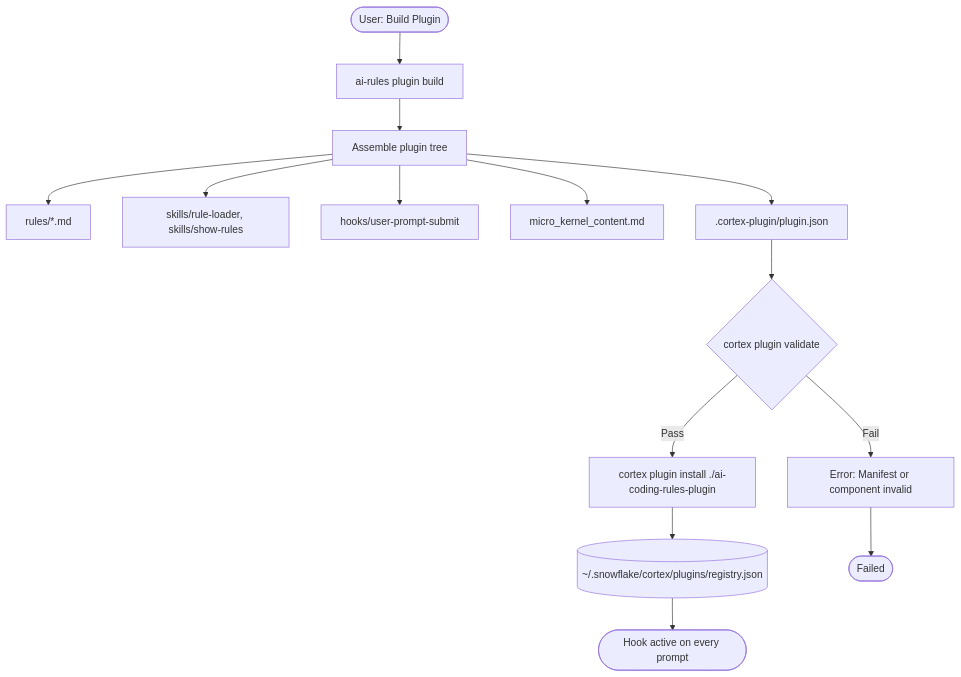
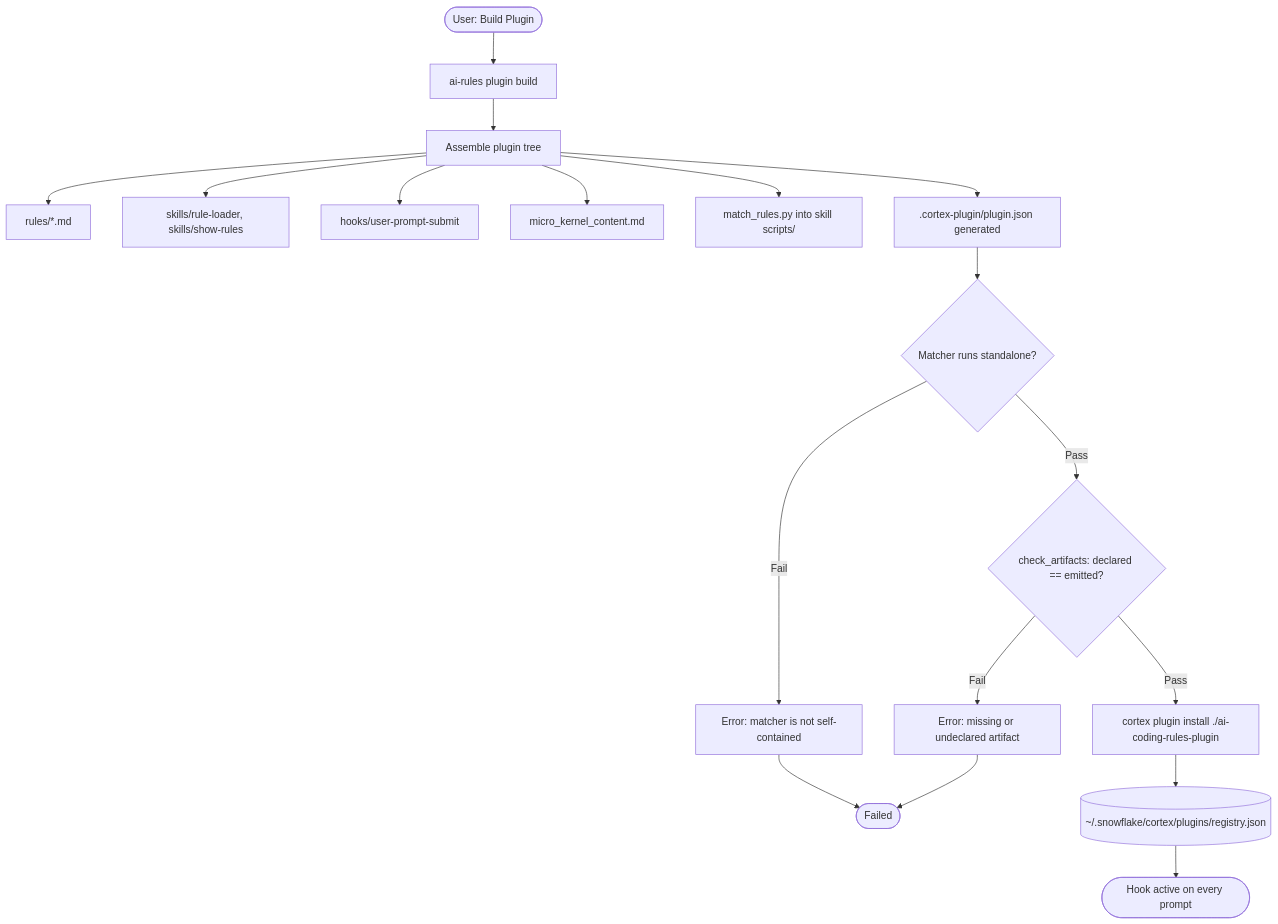
The second of 2 diagrams in docs/ARCHITECTURE.md (sfc-gh-myoung/ai_coding_rules), drawn with Mermaid before and after one commit. The commit also changed other lines of this file and 6 other files, not shown here.

````diff
--- a/docs/ARCHITECTURE.md
+++ b/docs/ARCHITECTURE.md
@@ -410,17 +468,21 @@
 ```mermaid
 flowchart TD
     Start([User: Build Plugin]) --> Command
     Command["ai-rules plugin build"] --> Assemble
     Assemble[Assemble plugin tree] --> CopyRules[rules/*.md]
     Assemble --> CopySkills[skills/rule-loader, skills/show-rules]
     Assemble --> CopyHook[hooks/user-prompt-submit]
     Assemble --> CopyKernel[micro_kernel_content.md]
-    Assemble --> Manifest[.cortex-plugin/plugin.json]
-    Manifest --> Validate{cortex plugin validate}
-    Validate -->|Fail| Error[Error: Manifest or component invalid]
-    Validate -->|Pass| Install["cortex plugin install ./ai-coding-rules-plugin"]
+    Assemble --> CopyMatcher[match_rules.py into skill scripts/]
+    Assemble --> Manifest[.cortex-plugin/plugin.json generated]
+    Manifest --> Standalone{Matcher runs standalone?}
+    Standalone -->|Fail| Error[Error: matcher is not self-contained]
+    Standalone -->|Pass| Contract{check_artifacts: declared == emitted?}
+    Contract -->|Fail| Error2[Error: missing or undeclared artifact]
+    Contract -->|Pass| Install["cortex plugin install ./ai-coding-rules-plugin"]
     Install --> Registry[(~/.snowflake/cortex/plugins/registry.json)]
     Registry --> Active([Hook active on every prompt])
 
     Error --> End([Failed])
+    Error2 --> End
 ```
````
